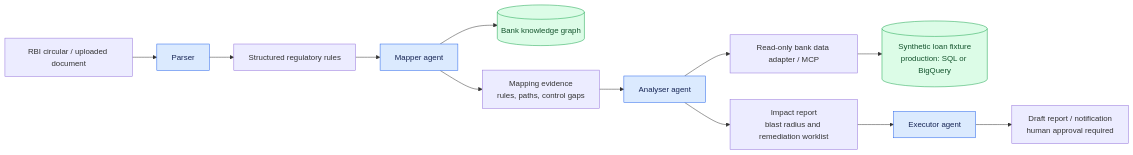
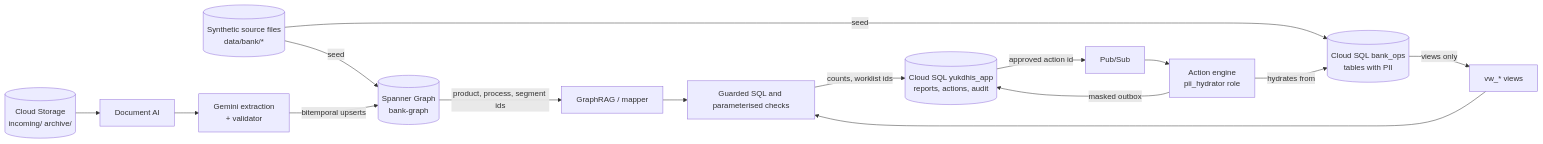
Before and after one commit to ShivaKumarSanapala/yukdhis: the first of 4 diagrams in docs/design.md, drawn with Mermaid. The commit also changed other lines of this file and 22 other files, not shown here.

First line of the commit message:
Fail-safe compliance results: closed scope, honest statuses, safer PII, extraction checks

````diff
--- a/docs/design.md
+++ b/docs/design.md
@@ -9,19 +48,16 @@
 ```mermaid
 flowchart LR
-    A[RBI circular / uploaded document] --> B[Parser]
-    B --> C[Structured regulatory rules]
-    C --> D[Mapper agent]
-    D --> E[(Bank knowledge graph)]
-    D --> F[Mapping evidence<br/>rules, paths, control gaps]
-    F --> G[Analyser agent]
-    G --> H[Read-only bank data adapter / MCP]
-    H --> I[(Synthetic loan fixture<br/>production: SQL or BigQuery)]
-    G --> J[Impact report<br/>blast radius and remediation worklist]
-    J --> K[Executor agent]
-    K --> L[Draft report / notification<br/>human approval required]
-
-    classDef agent fill:#dbeafe,stroke:#2563eb,color:#172554;
-    classDef store fill:#dcfce7,stroke:#16a34a,color:#14532d;
-    class B,D,G,K agent;
-    class E,I store;
+    SRC[(Synthetic source files<br/>data/bank/*)] -->|seed| SP
+    SRC -->|seed| OPS
+    CIRC[(Cloud Storage<br/>incoming/ archive/)] --> DOC[Document AI]
+    DOC --> EXT[Gemini extraction<br/>+ validator]
+    EXT -->|bitemporal upserts| SP[(Spanner Graph<br/>bank-graph)]
+    SP -->|product, process, segment ids| GQL[GraphRAG / mapper]
+    GQL --> QRY[Guarded SQL and parameterised checks]
+    OPS[(Cloud SQL bank_ops<br/>tables with PII)] -->|views only| VW[vw_* views]
+    VW --> QRY
+    QRY -->|counts, worklist ids| APP[(Cloud SQL yukdhis_app<br/>reports, actions, audit)]
+    APP -->|approved action id| PS[Pub/Sub] --> ACT[Action engine<br/>pii_hydrator role]
+    ACT -->|hydrates from| OPS
+    ACT -->|masked outbox| APP
 ```
````
